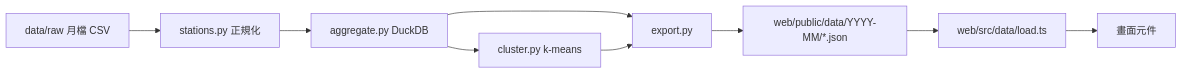
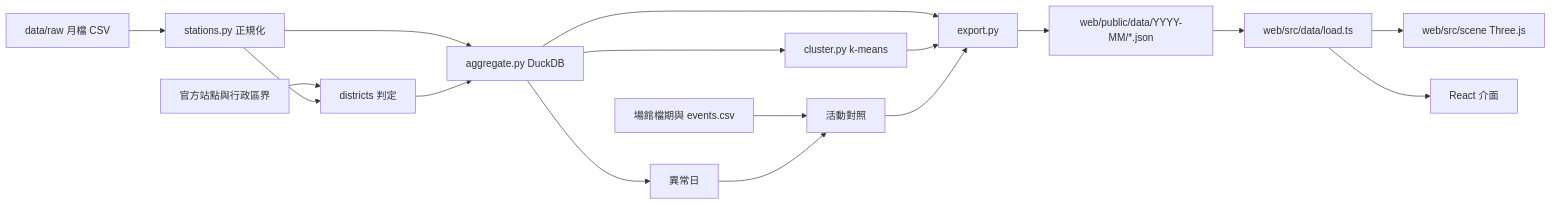
The diagram in _bmad-output/initiative-city-breath/architecture-city-breath-2026-10-26/architecture-city-breath-2026-10-26.md (Piwison/city-breath), drawn with Mermaid before and after one commit. The commit also changed other lines of this file and 9 other files, not shown here.

````diff
--- a/_bmad-output/initiative-city-breath/architecture-city-breath-2026-10-26/architecture-city-breath-2026-10-26.md
+++ b/_bmad-output/initiative-city-breath/architecture-city-breath-2026-10-26/architecture-city-breath-2026-10-26.md
@@ -24,11 +24,19 @@
 ```mermaid
 flowchart LR
   raw[data/raw 月檔 CSV] --> st[stations.py 正規化]
+  geo[官方站點與行政區界] --> dist[districts 判定]
+  ven[場館檔期與 events.csv] --> evt[活動對照]
+  st --> dist
   st --> agg[aggregate.py DuckDB]
+  dist --> agg
   agg --> cl[cluster.py k-means]
+  agg --> an[異常日]
+  an --> evt
   agg --> ex[export.py]
   cl --> ex
+  evt --> ex
   ex --> pub[web/public/data/YYYY-MM/*.json]
-  pub --> web[web/src/data/load.ts]
-  web --> ui[畫面元件]
+  pub --> load[web/src/data/load.ts]
+  load --> scene[web/src/scene Three.js]
+  load --> ui[React 介面]
 ```
````
